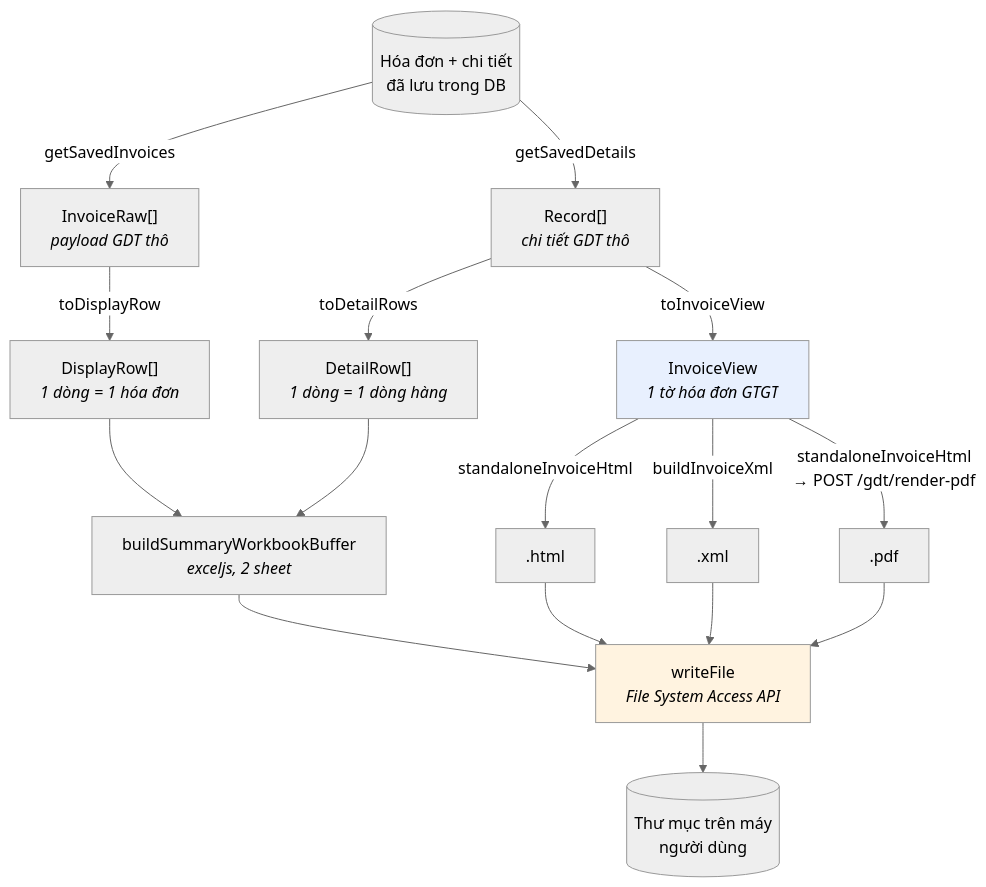
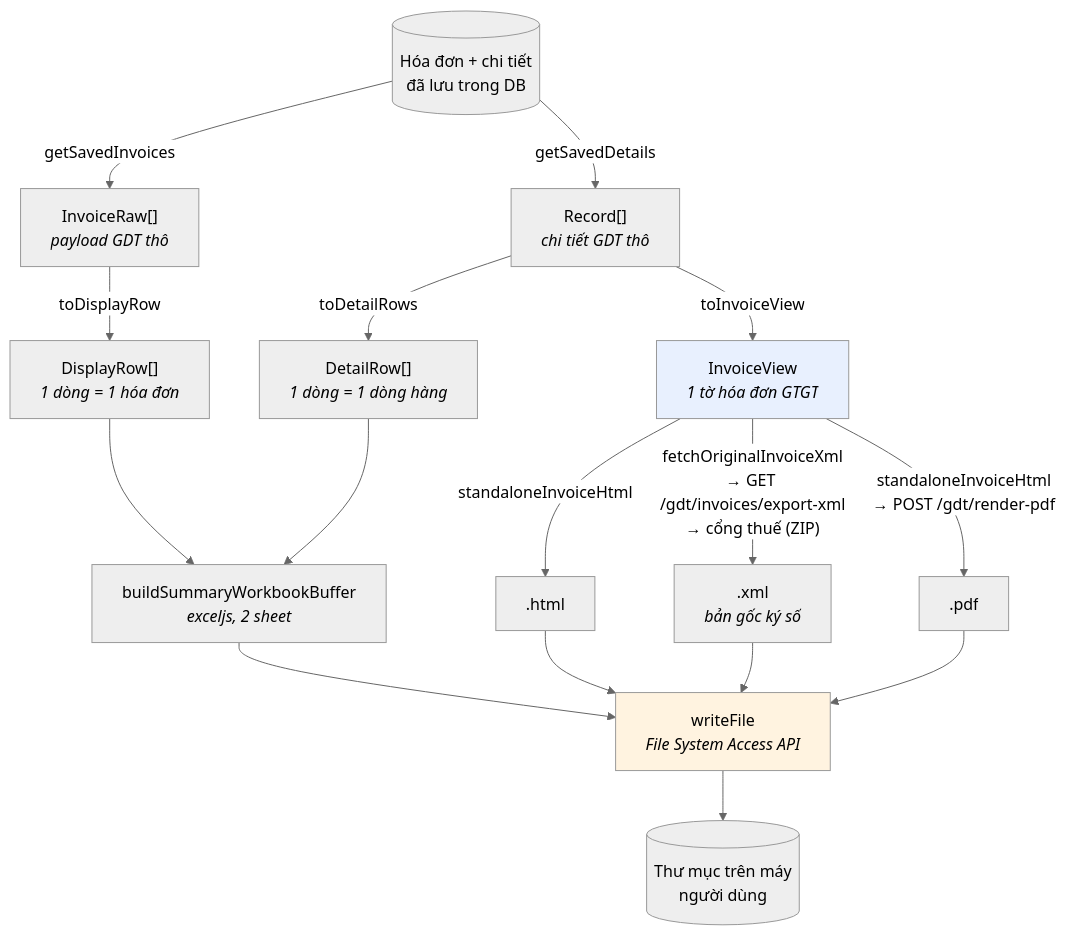
The diagram in hdđt_maxv/docs/11-pipeline-xuat-file.md (phamvinh203/be_maxv), drawn with Mermaid (neutral theme) before and after one commit. The commit also changed other lines of this file and 20 other files, not shown here.

````diff
--- a/hdđt_maxv/docs/11-pipeline-xuat-file.md
+++ b/hdđt_maxv/docs/11-pipeline-xuat-file.md
@@ -9,28 +9,28 @@
 ```mermaid
 flowchart TD
     DB[("Hóa đơn + chi tiết<br/>đã lưu trong DB")]
 
     DB -->|"getSavedInvoices"| RAW["InvoiceRaw[]<br/><i>payload GDT thô</i>"]
     DB -->|"getSavedDetails"| DET["Record[]<br/><i>chi tiết GDT thô</i>"]
 
     RAW -->|"toDisplayRow"| DR["DisplayRow[]<br/><i>1 dòng = 1 hóa đơn</i>"]
     DET -->|"toDetailRows"| DTR["DetailRow[]<br/><i>1 dòng = 1 dòng hàng</i>"]
     DET -->|"toInvoiceView"| IV["InvoiceView<br/><i>1 tờ hóa đơn GTGT</i>"]
 
     DR --> XLSX["buildSummaryWorkbookBuffer<br/><i>exceljs, 2 sheet</i>"]
     DTR --> XLSX
 
     IV -->|"standaloneInvoiceHtml"| HTML[".html"]
-    IV -->|"buildInvoiceXml"| XML[".xml"]
+    IV -->|"fetchOriginalInvoiceXml<br/>→ GET /gdt/invoices/export-xml<br/>→ cổng thuế (ZIP)"| XML[".xml<br/><i>bản gốc ký số</i>"]
     IV -->|"standaloneInvoiceHtml<br/>→ POST /gdt/render-pdf"| PDF[".pdf"]
 
     XLSX --> FS["writeFile<br/><i>File System Access API</i>"]
     HTML --> FS
     XML --> FS
     PDF --> FS
 
     FS --> DISK[("Thư mục trên máy<br/>người dùng")]
 
     style IV fill:#e8f0fe
     style FS fill:#fff3e0
 ```
````
